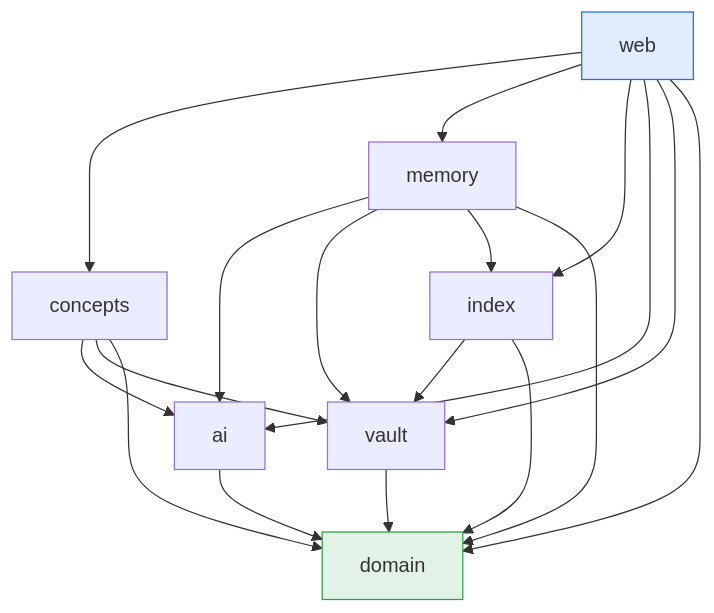
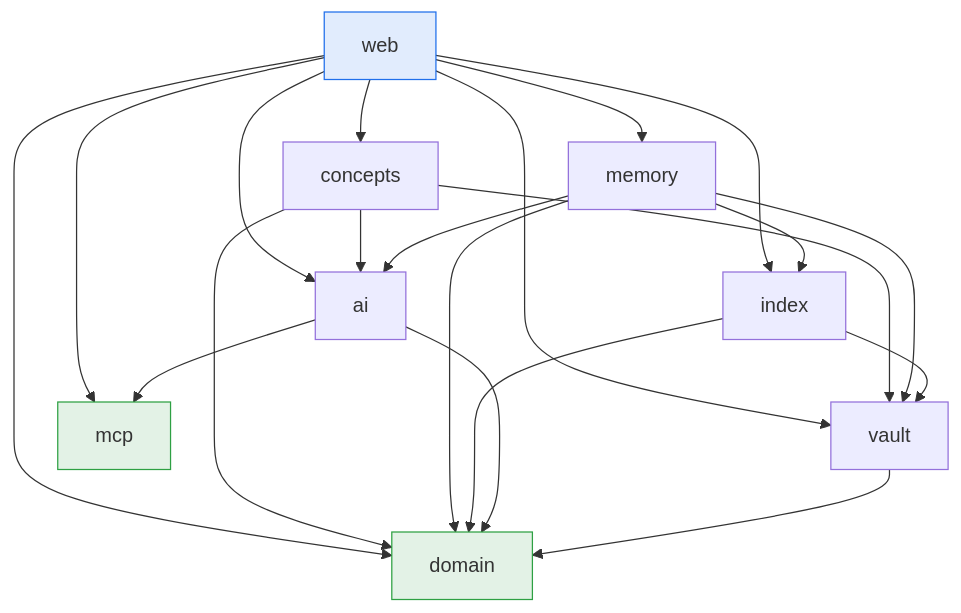
One commit to jasdian/idea-vault changed the second of 2 diagrams in docs/02-module-reference.md. Above: the diagram before and after it, drawn with Mermaid. The commit also changed other lines of this file and 37 other files, not shown here.

````diff
--- a/docs/02-module-reference.md
+++ b/docs/02-module-reference.md
@@ -81,37 +84,41 @@
 ```mermaid
 flowchart TD
     web["web"]
     concepts["concepts"]
     memory["memory"]
     index["index"]
     ai["ai"]
     vault["vault"]
     domain["domain"]
+    mcp["mcp"]
 
     web --> concepts
     web --> memory
     web --> index
     web --> ai
     web --> vault
     web --> domain
+    web --> mcp
 
     concepts --> ai
     concepts --> vault
     concepts --> domain
 
     memory --> ai
     memory --> vault
     memory --> index
     memory --> domain
 
     index --> vault
     index --> domain
 
     ai --> domain
+    ai --> mcp
     vault --> domain
 
     classDef top fill:#1f6feb22,stroke:#1f6feb;
     classDef base fill:#2ea04322,stroke:#2ea043;
     class web top;
     class domain base;
+    class mcp base;
 ```
````
